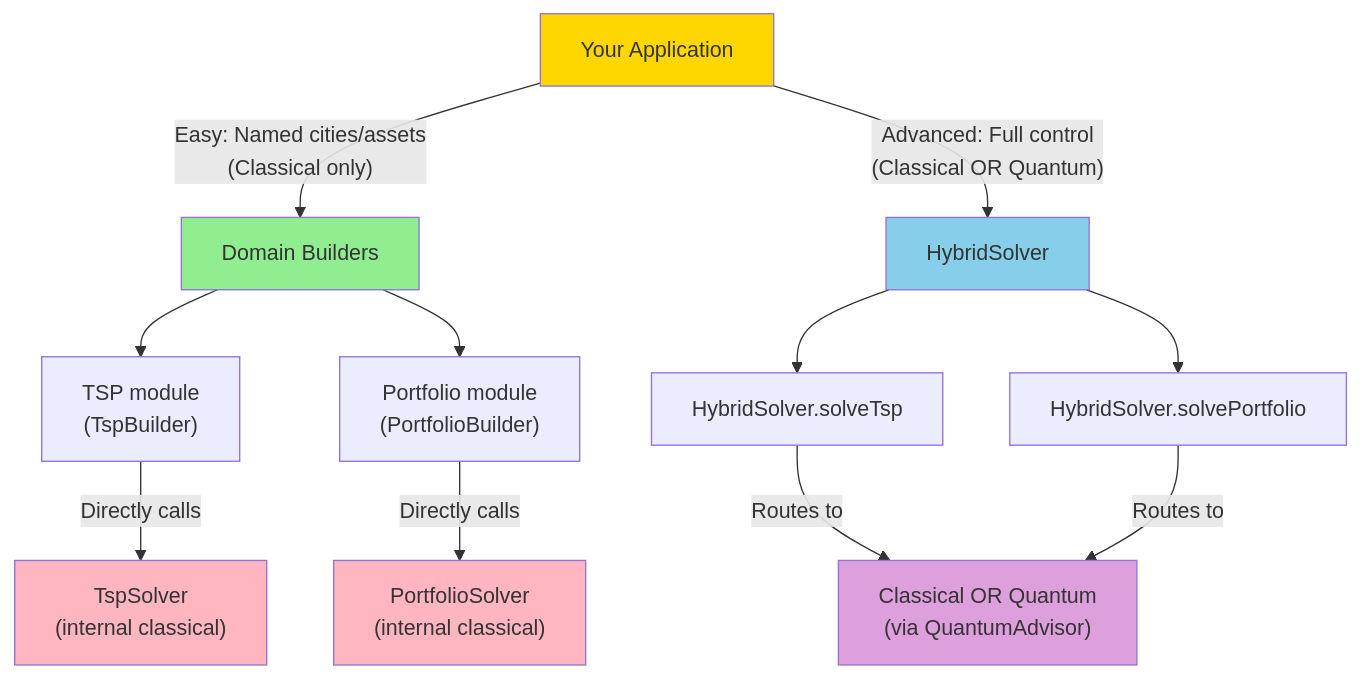
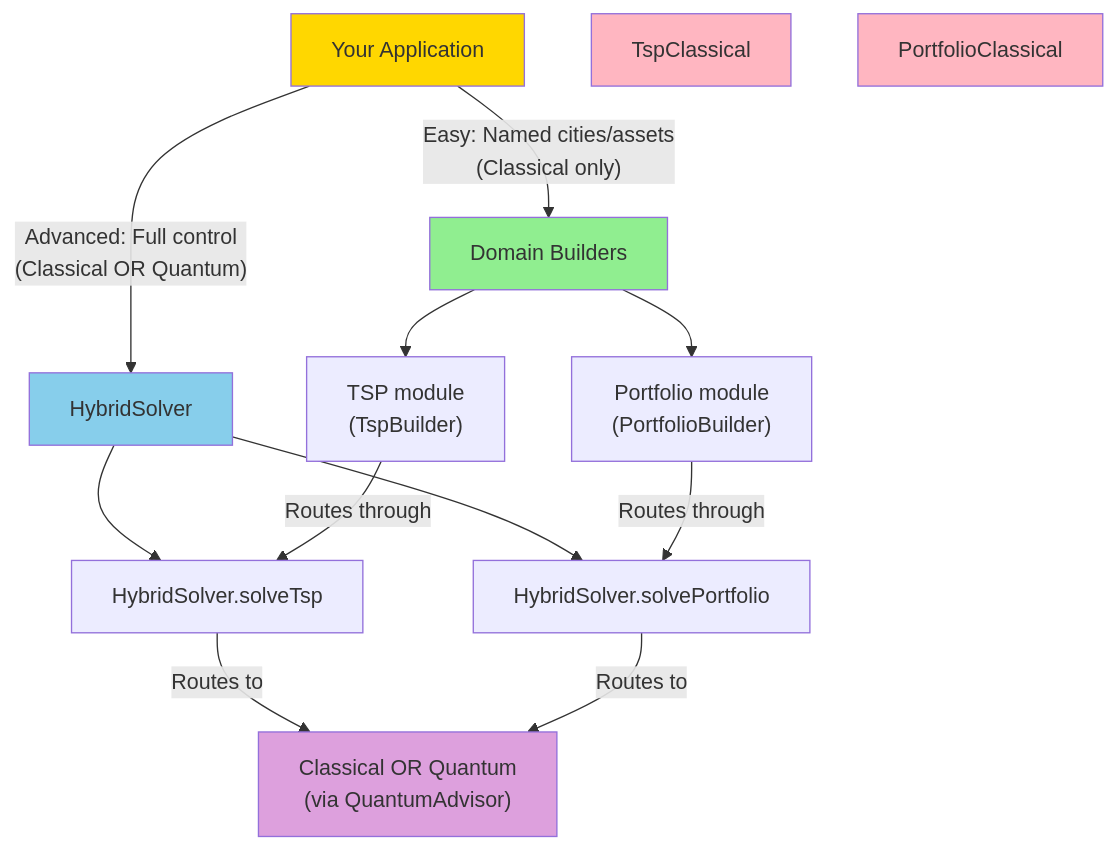
Before and after one commit to Thorium/FSharp.Azure.Quantum: the first of 4 diagrams in README.md, drawn with Mermaid. The commit also changed other lines of this file and 4 other files, not shown here.

Commit message:
docs: Update builder documentation to reflect HybridSolver routing

````diff
--- a/README.md
+++ b/README.md
@@ -35,26 +35,26 @@
 ```mermaid
 graph TD
     User[Your Application]
     
     User -->|"Easy: Named cities/assets<br/>(Classical only)"| Builders[Domain Builders]
     User -->|"Advanced: Full control<br/>(Classical OR Quantum)"| Hybrid[HybridSolver]
     
     Builders --> TSP["TSP module<br/>(TspBuilder)"]
     Builders --> Portfolio["Portfolio module<br/>(PortfolioBuilder)"]
     
     Hybrid --> HybridTSP["HybridSolver.solveTsp"]
     Hybrid --> HybridPortfolio["HybridSolver.solvePortfolio"]
     
-    TSP -->|Directly calls| TspClassical["TspSolver<br/>(internal classical)"]
-    Portfolio -->|Directly calls| PortfolioClassical["PortfolioSolver<br/>(internal classical)"]
+    TSP -->|Routes through| HybridTSP
+    Portfolio -->|Routes through| HybridPortfolio
     
     HybridTSP -->|Routes to| ClassicalOrQuantum["Classical OR Quantum<br/>(via QuantumAdvisor)"]
     HybridPortfolio -->|Routes to| ClassicalOrQuantum
     
     style Builders fill:#90EE90
     style Hybrid fill:#87CEEB
     style User fill:#FFD700
     style TspClassical fill:#FFB6C1
     style PortfolioClassical fill:#FFB6C1
     style ClassicalOrQuantum fill:#DDA0DD
 ```
````
